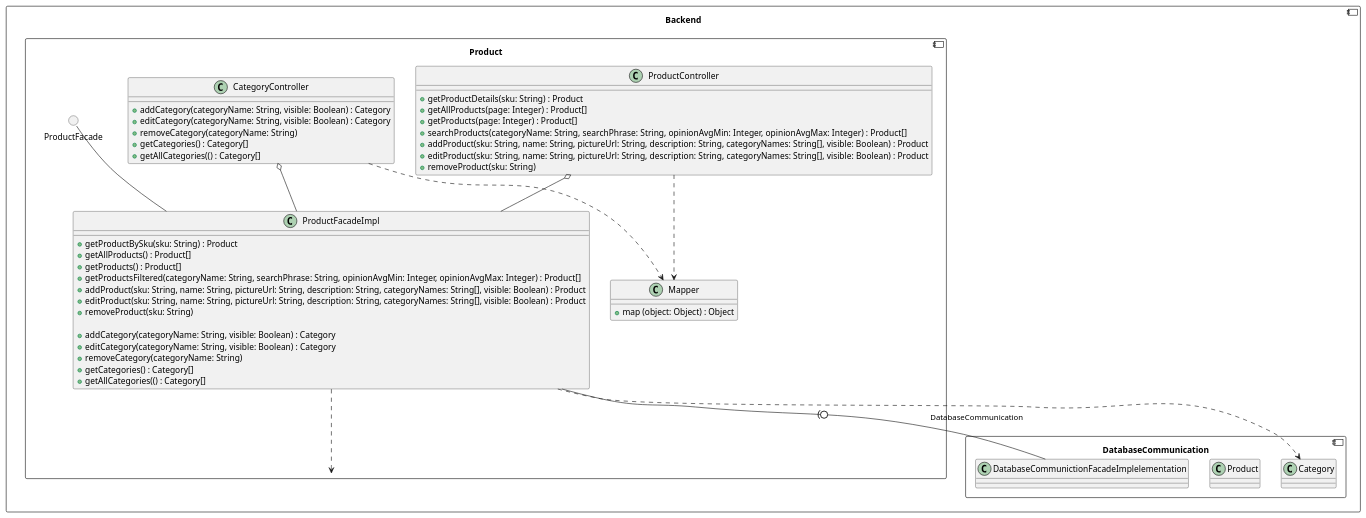
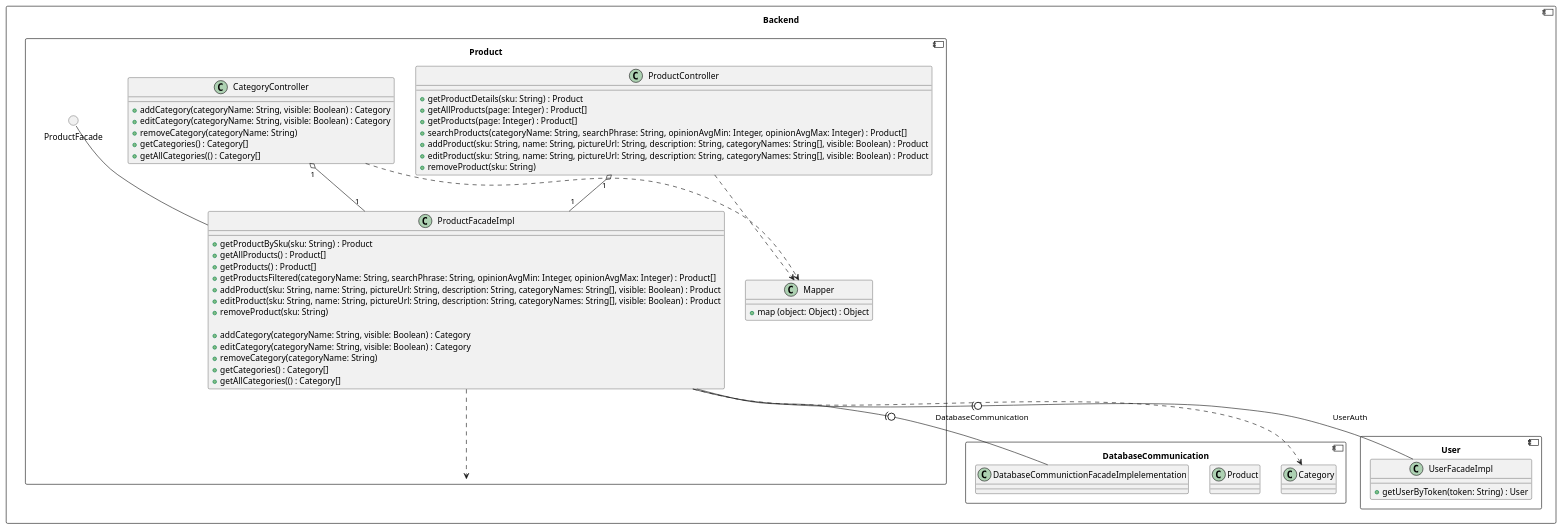
Before and after one commit to RadekBucki/OpinionCollectorArchitecture: the fourth of 4 diagrams in FullClassDiagrams.md, drawn with PlantUML. The commit also changed other lines of this file and 1 other file, not shown here.

Commit message:
User diagram and some fixes

````diff
--- a/FullClassDiagrams.md
+++ b/FullClassDiagrams.md
@@ -130,56 +170,62 @@
 ```plantuml
 component Backend {
     component Product {
         class ProductController {
             + getProductDetails(sku: String) : Product
             + getAllProducts(page: Integer) : Product[]
             + getProducts(page: Integer) : Product[]
             + searchProducts(categoryName: String, searchPhrase: String, opinionAvgMin: Integer, opinionAvgMax: Integer) : Product[]
             + addProduct(sku: String, name: String, pictureUrl: String, description: String, categoryNames: String[], visible: Boolean) : Product
             + editProduct(sku: String, name: String, pictureUrl: String, description: String, categoryNames: String[], visible: Boolean) : Product
             + removeProduct(sku: String)
         }
         class CategoryController {
-            +addCategory(categoryName: String, visible: Boolean) : Category
+            + addCategory(categoryName: String, visible: Boolean) : Category
             + editCategory(categoryName: String, visible: Boolean) : Category
             + removeCategory(categoryName: String)
             + getCategories() : Category[]
             + getAllCategories(() : Category[]
         }
         circle ProductFacade
         class ProductFacadeImpl {
             + getProductBySku(sku: String) : Product
             + getAllProducts() : Product[]
             + getProducts() : Product[]
             + getProductsFiltered(categoryName: String, searchPhrase: String, opinionAvgMin: Integer, opinionAvgMax: Integer) : Product[]
             + addProduct(sku: String, name: String, pictureUrl: String, description: String, categoryNames: String[], visible: Boolean) : Product
             + editProduct(sku: String, name: String, pictureUrl: String, description: String, categoryNames: String[], visible: Boolean) : Product
             + removeProduct(sku: String)
             
             + addCategory(categoryName: String, visible: Boolean) : Category
             + editCategory(categoryName: String, visible: Boolean) : Category
             + removeCategory(categoryName: String)
             + getCategories() : Category[]
             + getAllCategories(() : Category[]
         }
         ProductFacade -- ProductFacadeImpl
-        CategoryController o-- ProductFacadeImpl
-        ProductController  o-- ProductFacadeImpl
+        CategoryController "1" o-- "1" ProductFacadeImpl
+        ProductController  "1" o-- "1" ProductFacadeImpl
         
         class Mapper {
             +map (object: Object) : Object
         }
         CategoryController ..> Mapper
         ProductController  ..> Mapper
     }
     component DatabaseCommunication {
         class DatabaseCommunictionFacadeImplelementation
         class Product
         class Category
     }
     ProductFacadeImpl -(0- DatabaseCommunictionFacadeImplelementation : DatabaseCommunication
-    ProductFacadeImpl ..> Product
-    ProductFacadeImpl ..> Category
+    ProductFacadeImpl ..>  Product
+    ProductFacadeImpl ..>  Category
     
+    component User {
+        class UserFacadeImpl {
+            + getUserByToken(token: String) : User
+        }
+    }
+    ProductFacadeImpl -(0- UserFacadeImpl : UserAuth
 }
 ```
````
